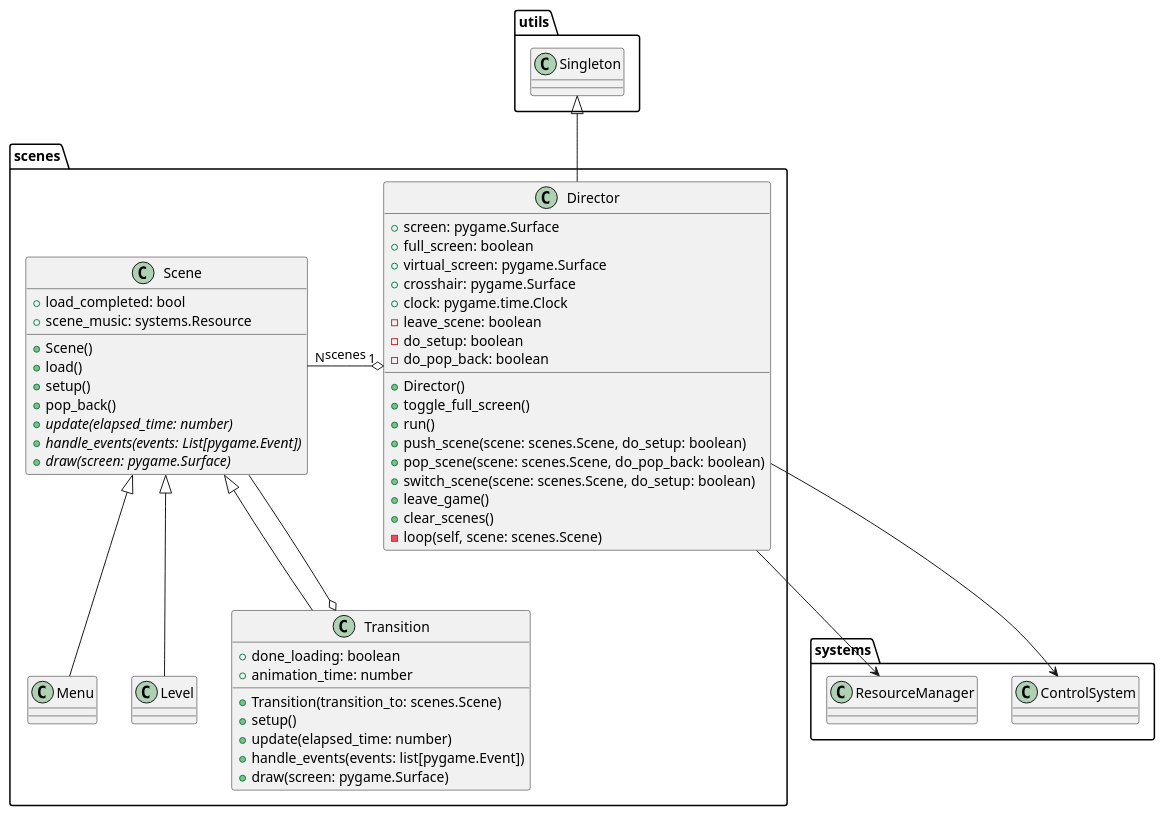
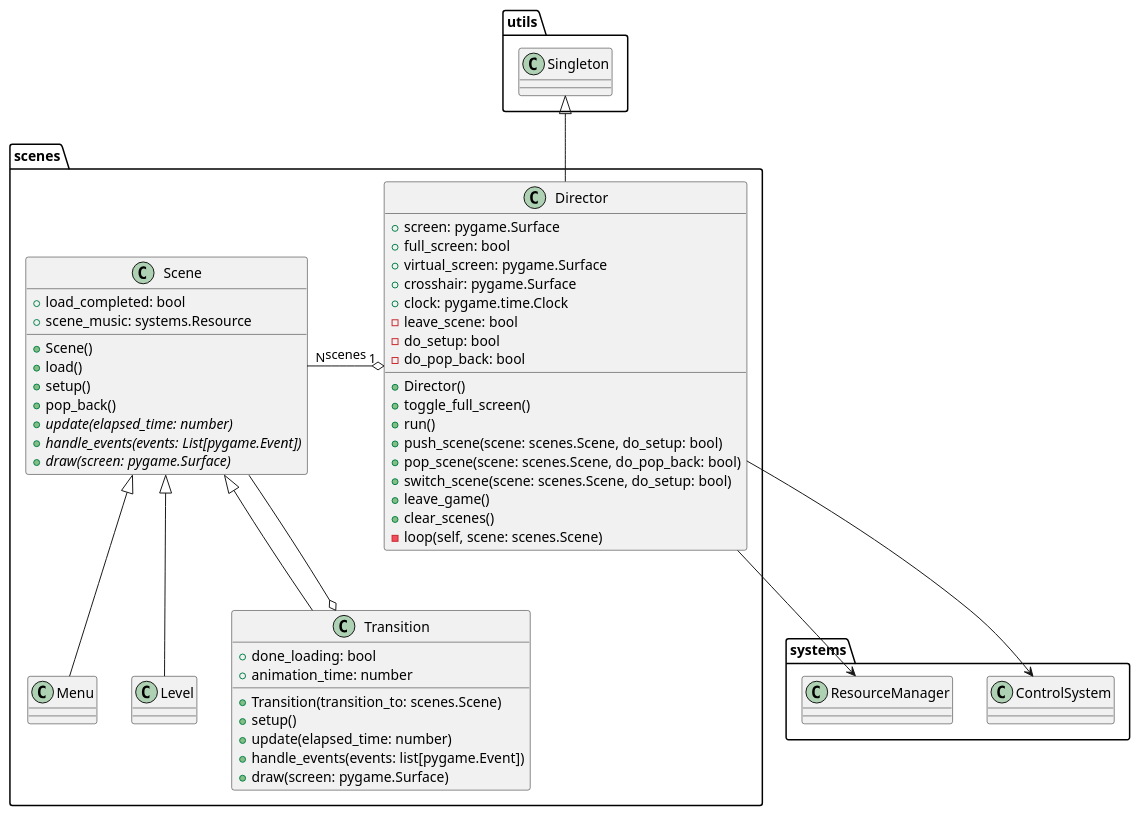
The diagram in docs/diagrams/director.pu (daavidrgz/galactic-gambit), drawn with PlantUML before and after one commit. The commit also changed 8 other files, not shown here.

```diff
--- a/docs/diagrams/director.pu
+++ b/docs/diagrams/director.pu
@@ -1,62 +1,62 @@
 @startuml director
 
 
 
 class scenes.Director extends utils.Singleton{
     + screen: pygame.Surface
-    + full_screen: boolean
+    + full_screen: bool
     + virtual_screen: pygame.Surface
     + crosshair: pygame.Surface
     + clock: pygame.time.Clock
-    - leave_scene: boolean
-    - do_setup: boolean
-    - do_pop_back: boolean
+    - leave_scene: bool
+    - do_setup: bool
+    - do_pop_back: bool
 
     + Director()
     + toggle_full_screen()
     + run()
-    + push_scene(scene: scenes.Scene, do_setup: boolean)
-    + pop_scene(scene: scenes.Scene, do_pop_back: boolean)
-    + switch_scene(scene: scenes.Scene, do_setup: boolean)
+    + push_scene(scene: scenes.Scene, do_setup: bool)
+    + pop_scene(scene: scenes.Scene, do_pop_back: bool)
+    + switch_scene(scene: scenes.Scene, do_setup: bool)
     + leave_game()
     + clear_scenes()
     - loop(self, scene: scenes.Scene)
 
 }
 
 scenes.Director --> systems.ResourceManager
 scenes.Director --> systems.ControlSystem
 
 scenes.Director "1" o-left- "N" scenes.Scene: scenes
 
 class scenes.Scene {
 	+ load_completed: bool
 	+ scene_music: systems.Resource
 
 	+ Scene()
 	+ load()
 	+ setup()
 	+ pop_back()
 	{abstract} + update(elapsed_time: number)
 	{abstract} + handle_events(events: List[pygame.Event])
 	{abstract} + draw(screen: pygame.Surface)
 }
 
 
 
 class scenes.Menu extends scenes.Scene{}
 class scenes.Level extends scenes.Scene{}
 class scenes.Transition extends scenes.Scene{
-    + done_loading: boolean
+    + done_loading: bool
     + animation_time: number
 
     + Transition(transition_to: scenes.Scene)
     + setup()
     + update(elapsed_time: number)
     + handle_events(events: list[pygame.Event])
     + draw(screen: pygame.Surface)
 }
 scenes.Transition o-- scenes.Scene
 
 
 @enduml
```
